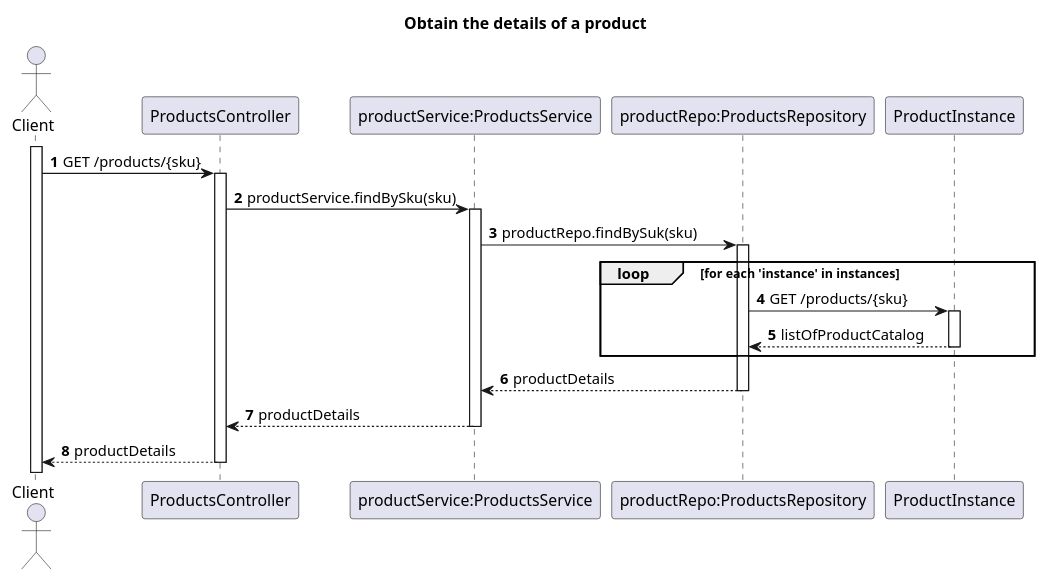
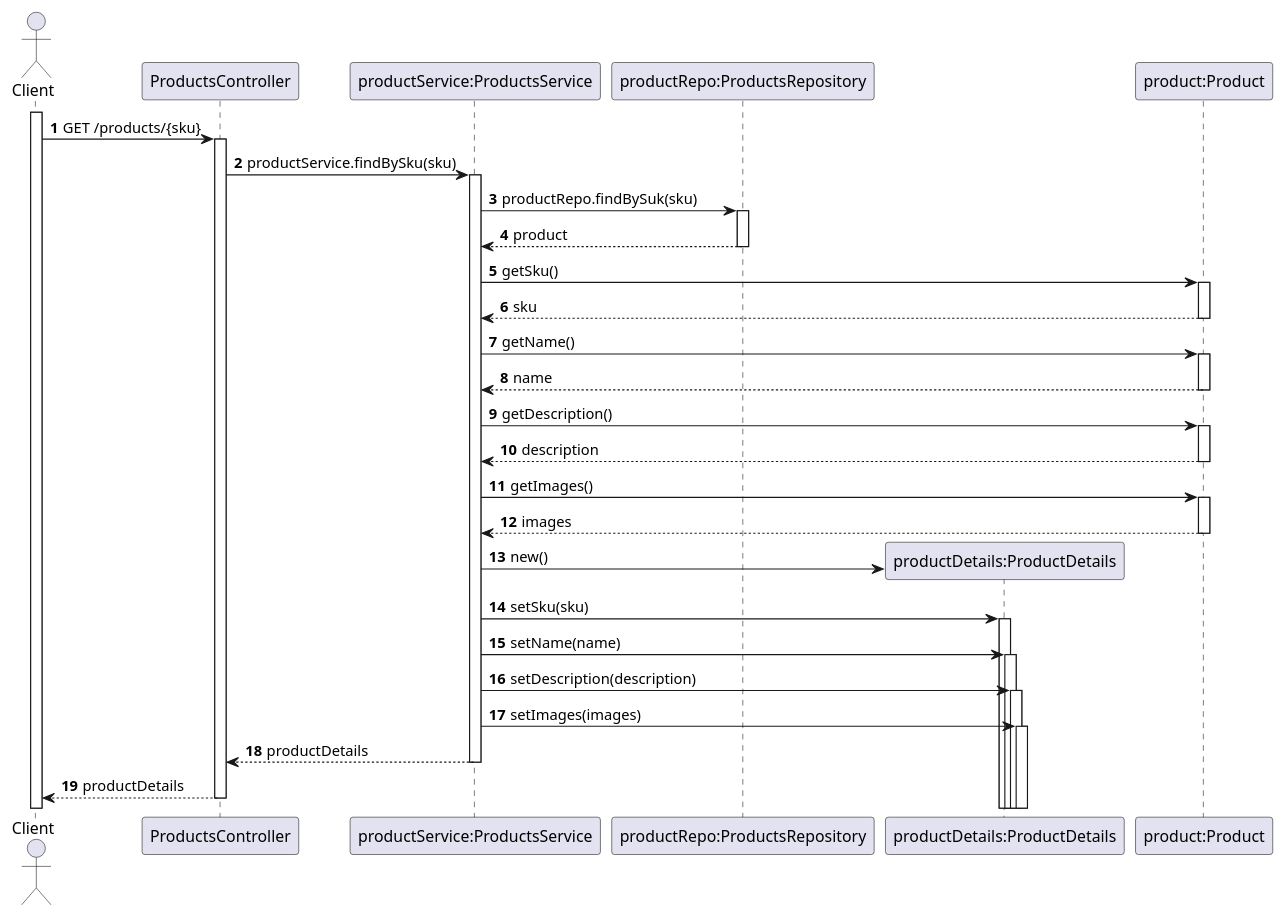
Before and after one commit to TiagoNora/SIDIS-Docs: the diagram in Docs/US02-SD.puml, drawn with PlantUML. The commit also changed 11 other files, not shown here.

```diff
--- a/Docs/US02-SD.puml
+++ b/Docs/US02-SD.puml
@@ -1,28 +1,38 @@
 @startuml
 'https://plantuml.com/sequence-diagram
 
-title Obtain the details of a product
+
 autoactivate on
 autonumber
 
 actor "Client" as client
 participant "ProductsController" as controller
 participant "productService:ProductsService" as service
 participant "productRepo:ProductsRepository" as repository
+participant "productDetails:ProductDetails" as details
+participant "product:Product" as product
 
-participant "ProductInstance" as instance
 activate client
 
 client -> controller: GET /products/{sku}
 controller -> service : productService.findBySku(sku)
 service -> repository: productRepo.findBySuk(sku)
-loop for each 'instance' in instances
- repository -> instance : GET /products/{sku}
- instance --> repository: listOfProductCatalog
-end loop
-repository --> service: productDetails
+repository --> service: product
+service -> product: getSku()
+product --> service: sku
+service -> product: getName()
+product --> service: name
+service -> product: getDescription()
+product --> service: description
+service -> product: getImages()
+product --> service: images
+service -> details**: new()
+service -> details: setSku(sku)
+service -> details: setName(name)
+service -> details: setDescription(description)
+service -> details: setImages(images)
 service --> controller: productDetails
 controller --> client: productDetails
 
 
 @enduml
```
